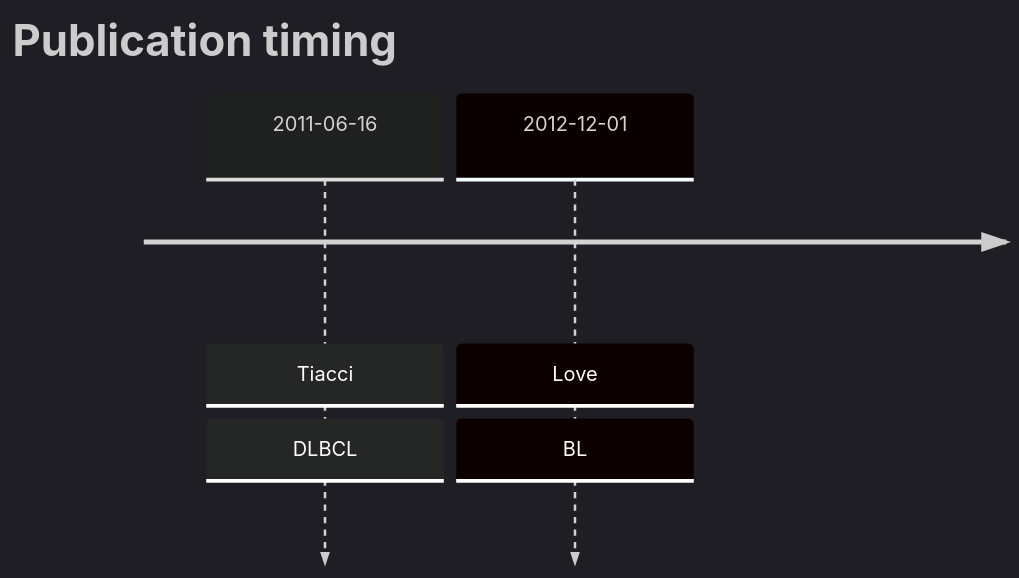
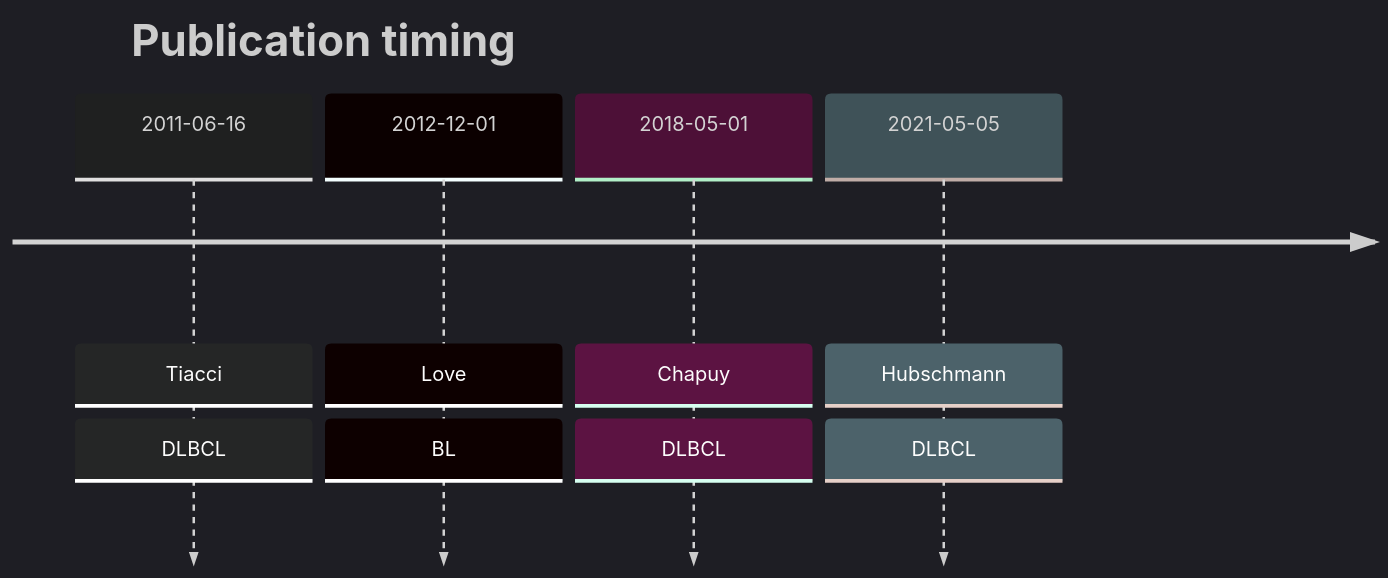
Before and after one commit to morinlab/lymphopedia: the diagram in BRAF.md, drawn with Mermaid.

````diff
--- a/BRAF.md
+++ b/BRAF.md
@@ -15,7 +15,9 @@
 ```mermaid
 %%{init: { 'logLevel': 'debug', 'theme': 'dark' } }%%
 timeline
     title Publication timing
       2011-06-16 : Tiacci : DLBCL
       2012-12-01 : Love : BL
+      2018-05-01 : Chapuy : DLBCL
+2021-05-05 : Hubschmann : DLBCL
 ```
````
